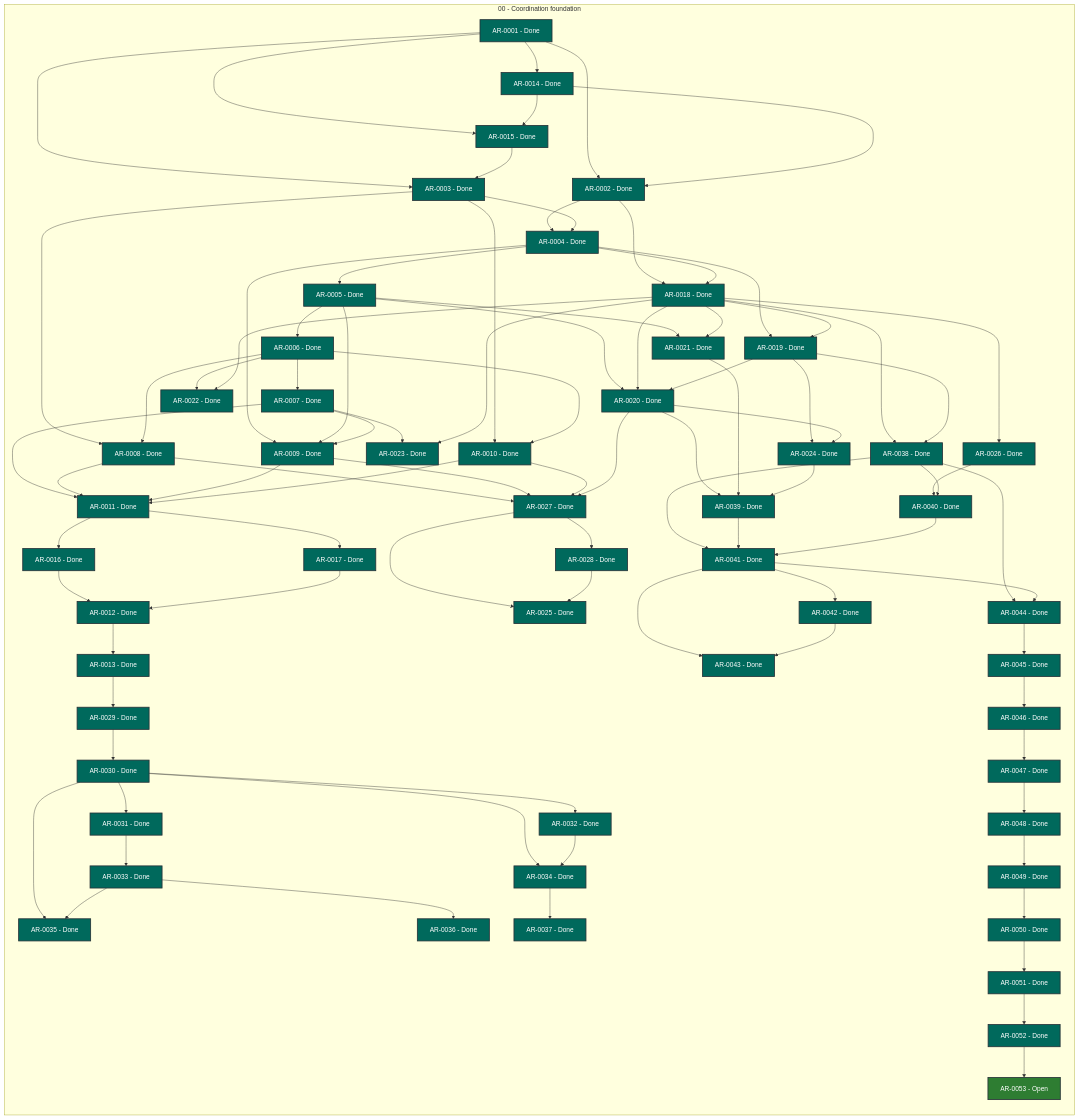
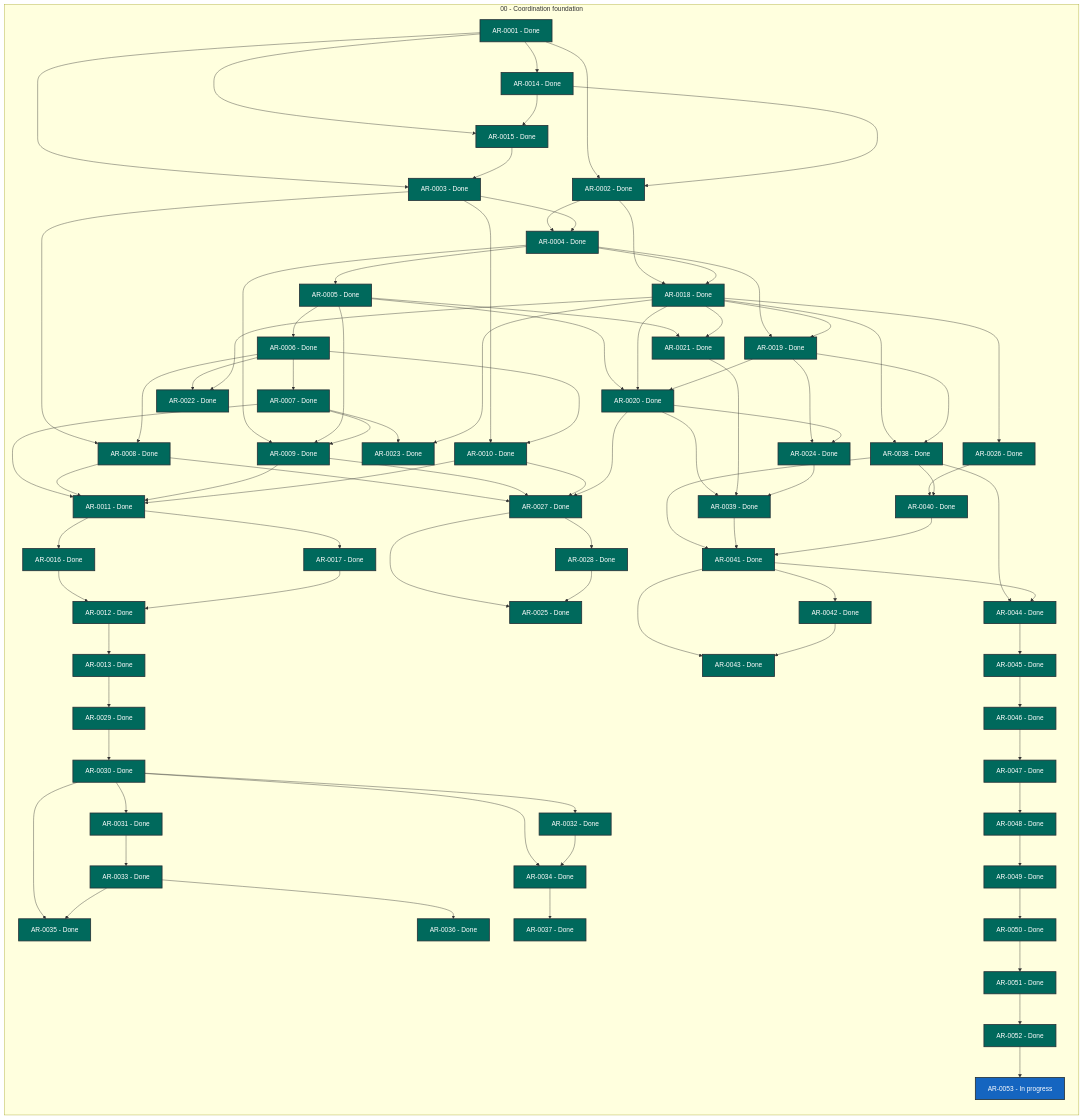
One commit to martin-beck/agent-workflow-tui-state changed the diagram in STATUS.md. Above: the diagram before and after it, drawn with Mermaid. The commit also changed other lines of this file and 2 other files, not shown here.

```diff
--- a/STATUS.md
+++ b/STATUS.md
@@ -80,7 +80,7 @@
         AR_0050["AR-0050 - Done"]:::status_done
         AR_0051["AR-0051 - Done"]:::status_done
         AR_0052["AR-0052 - Done"]:::status_done
-        AR_0053["AR-0053 - Open"]:::status_open
+        AR_0053["AR-0053 - In progress"]:::status_in_progress
     end
     AR_0001 --> AR_0002
     AR_0001 --> AR_0003
```
